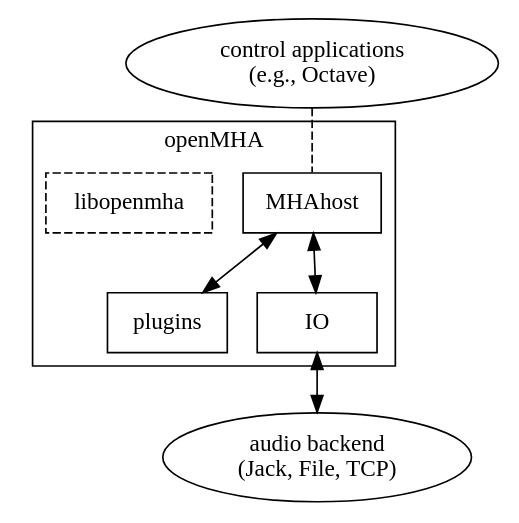
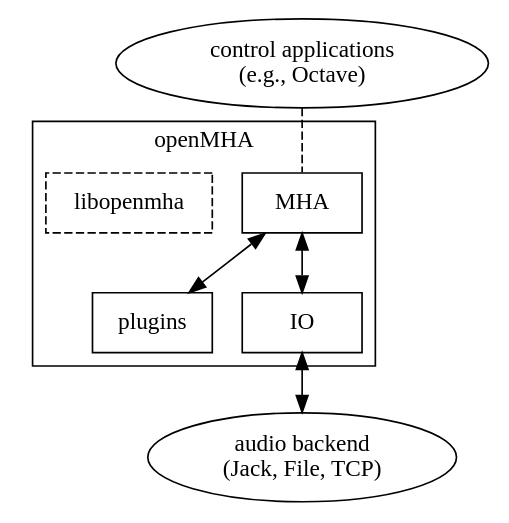
The diagram in mha/doc/images/structure_openmha.dot (HoerTech-gGmbH/openMHA), drawn with Graphviz before and after one commit. The commit also changed 6 other files, not shown here.

Commit message:
Replace MHAhost by MHA in documentation; other small documentation changes.

```diff
--- a/mha/doc/images/structure_openmha.dot
+++ b/mha/doc/images/structure_openmha.dot
@@ -1,57 +1,57 @@
 // This file is part of the Open HörTech Master Hearing Aid (openMHA)
 // Copyright © 2017 HörTech gGmbH
 //
 // openMHA is free software: you can redistribute it and/or modify
 // it under the terms of the GNU Affero General Public License as published by
 // the Free Software Foundation, version 3 of the License.
 //
 // openMHA is distributed in the hope that it will be useful,
 // but WITHOUT ANY WARRANTY; without even the implied warranty of
 // MERCHANTABILITY or FITNESS FOR A PARTICULAR PURPOSE.  See the
 // GNU Affero General Public License, version 3 for more details.
 //
 // You should have received a copy of the GNU Affero General Public License, 
 // version 3 along with openMHA.  If not, see <http://www.gnu.org/licenses/>.
 
 graph openmha {
 
   margin = "0";
   splines = "line";
 
   subgraph cluster_openmha {
 
     margin = "8";
     label = "openMHA";
 
     {
       node [shape="box",width="1",height="0.5"];
 
       plugins;
       IO;
-      MHAhost;
+      MHA;
       libopenmha [style="dashed"];
     };
 
   };
 
   config [label="control applications\n(e.g., Octave)"];
 
   
   audiobackend [label="audio backend\n(Jack, File, TCP)"];
 
 
-  MHAhost -- IO [dir="both"];
-  config -- MHAhost [style="dashed"];
-  MHAhost -- plugins [dir="both"];
+  MHA -- IO [dir="both"];
+  config -- MHA [style="dashed"];
+  MHA -- plugins [dir="both"];
   
 
   IO -- audiobackend [dir="both"];
 
 }
 
 // Local Variables:
 // mode: c
 // c-basic-offset: 2
 // indent-tabs-mode: nil
 // coding: utf-8-unix
 // End:
```
